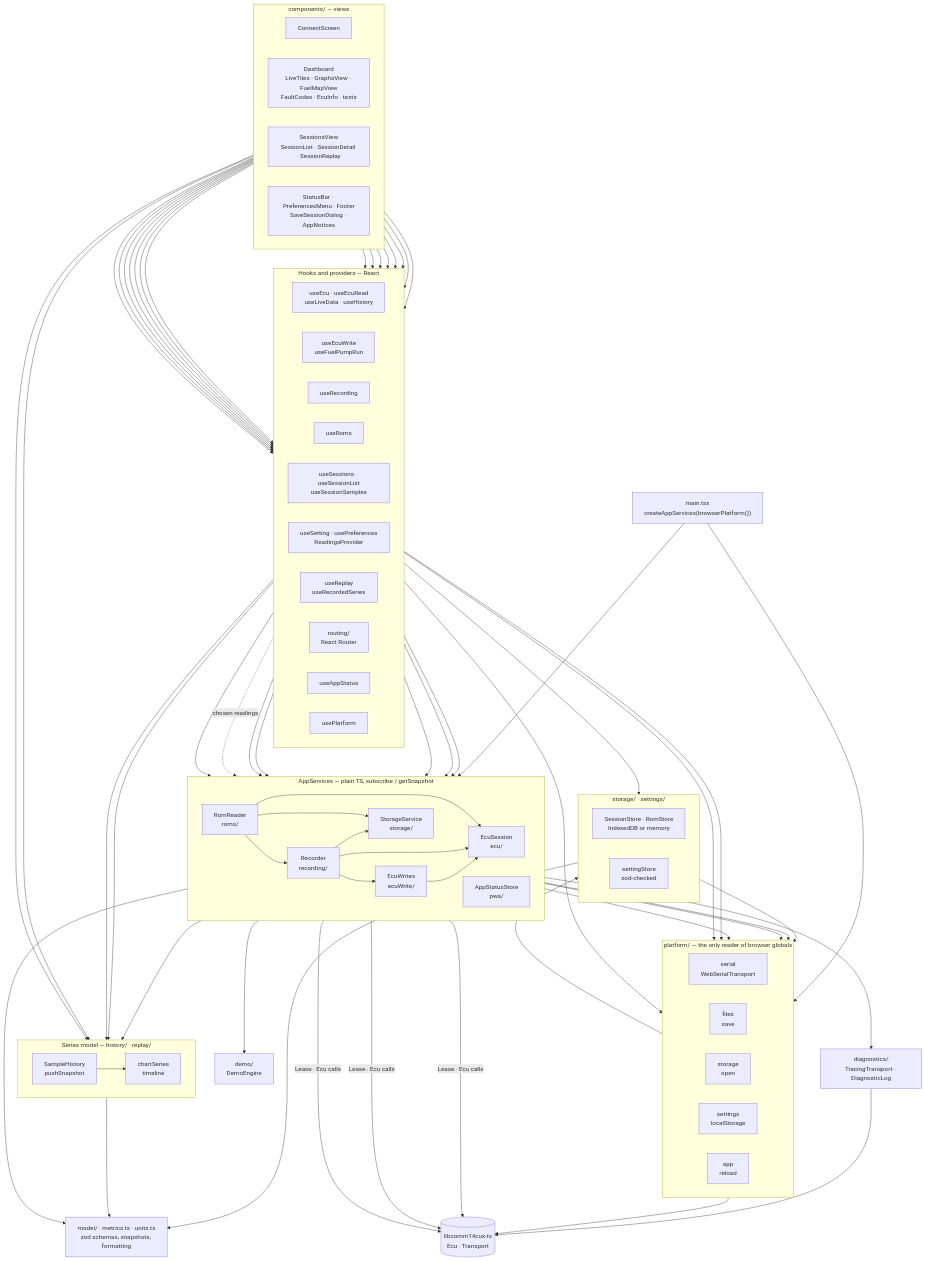
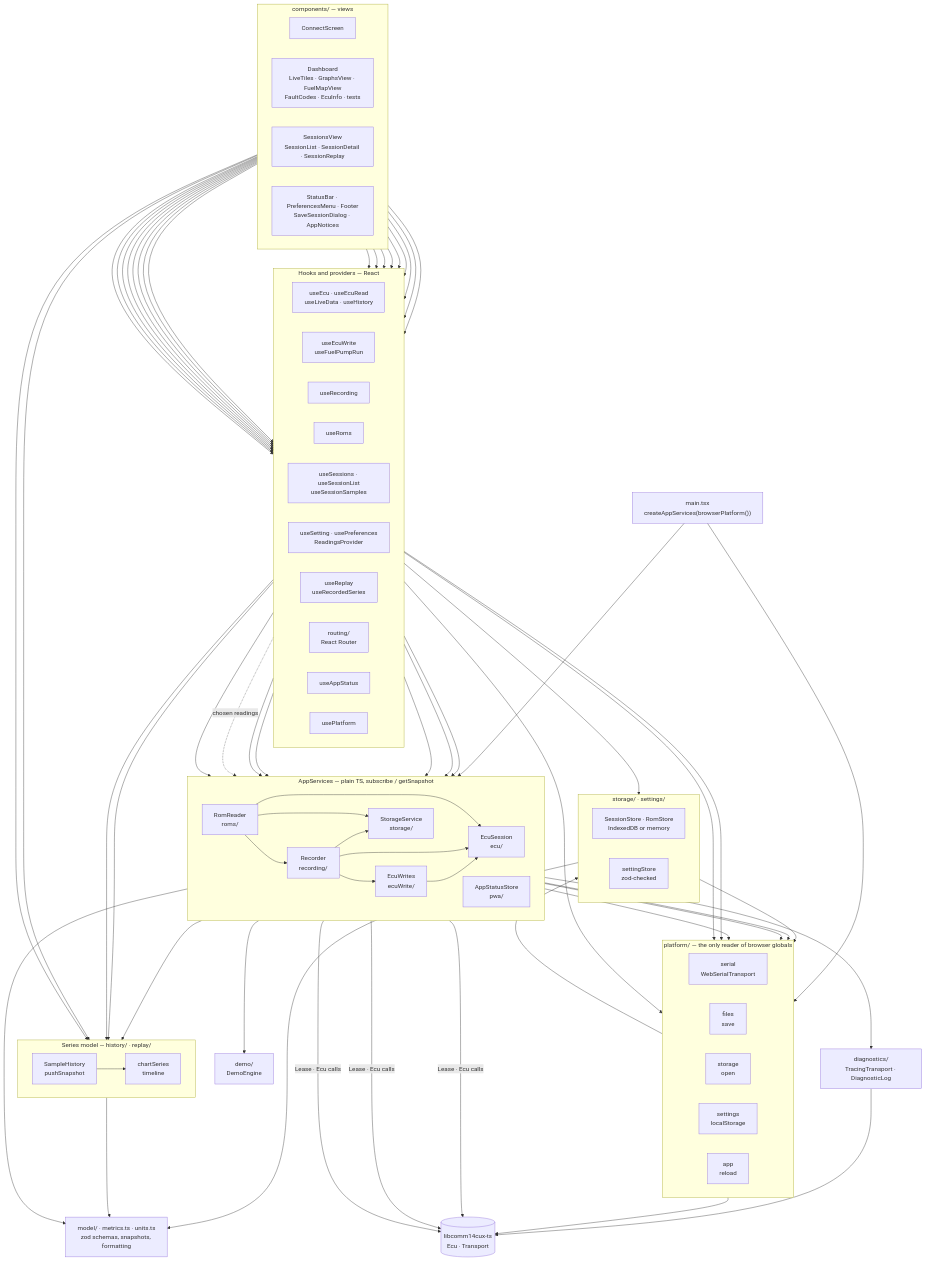
The first of 3 diagrams in docs/architecture.md (KB1RMA/14cux-gauge), drawn with Mermaid before and after one commit.

Commit message:
docs: correct which views use useRecording, useRoms and useSessions

```diff
--- a/docs/architecture.md
+++ b/docs/architecture.md
@@ -76,9 +76,9 @@
 
   Connect & Dash & Chrome --> HEcu
   Dash --> HWrite
-  Chrome --> HRec
-  Dash & Sessions --> HRoms
-  Sessions --> HSess
+  Dash & Sessions & Chrome --> HRec
+  Dash --> HRoms
+  Sessions & Chrome --> HSess
   Sessions --> HReplay
   views --> HSet
   views --> HRoute
```
